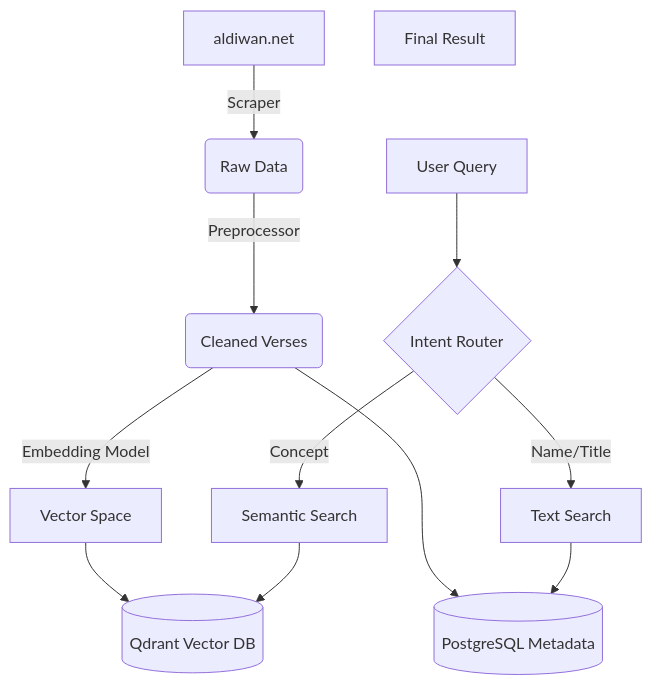
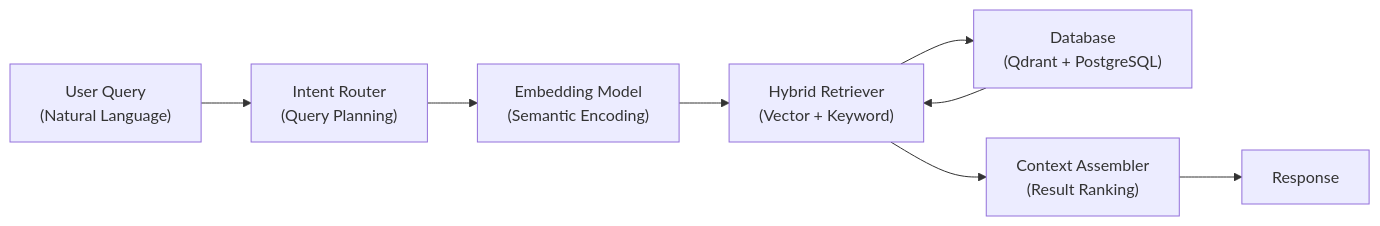
The first of 2 diagrams in README.md (amarpoji/Diwanic), drawn with Mermaid before and after one commit. The commit also changed other lines of this file and 8 other files, not shown here.

````diff
--- a/README.md
+++ b/README.md
@@ -21,15 +51,18 @@
 ```mermaid
-graph TD
-    A[aldiwan.net] -->|Scraper| B(Raw Data)
-    B -->|Preprocessor| C(Cleaned Verses)
-    C -->|Embedding Model| D[Vector Space]
-    D --> E[(Qdrant Vector DB)]
-    C --> F[(PostgreSQL Metadata)]
+graph LR
+    A["User Query\n(Natural Language)"]
+    B["Intent Router\n(Query Planning)"]
+    C["Embedding Model\n(Semantic Encoding)"]
+    D["Hybrid Retriever\n(Vector + Keyword)"]
+    E["Database\n(Qdrant + PostgreSQL)"]
+    F["Context Assembler\n(Result Ranking)"]
+    G["Response"]
     
-    G[User Query] --> H{Intent Router}
-    H -->|Concept| I[Semantic Search]
-    H -->|Name/Title| J[Text Search]
-    I --> E
-    J --> F
-    K[Final Result]
+    A --> B
+    B --> C
+    C --> D
+    D --> E
+    E --> D
+    D --> F
+    F --> G
 ```
````
